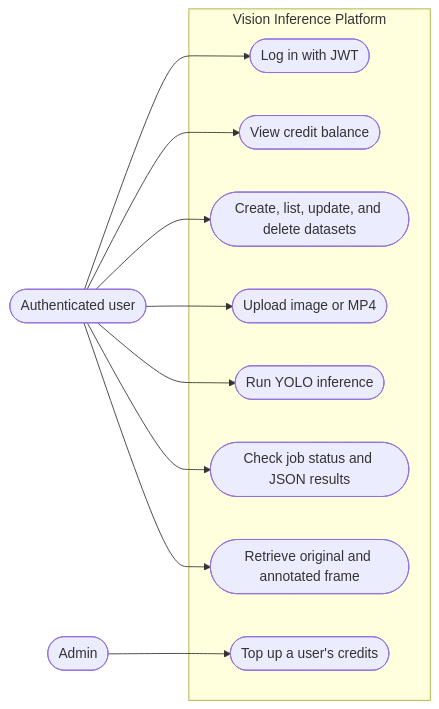
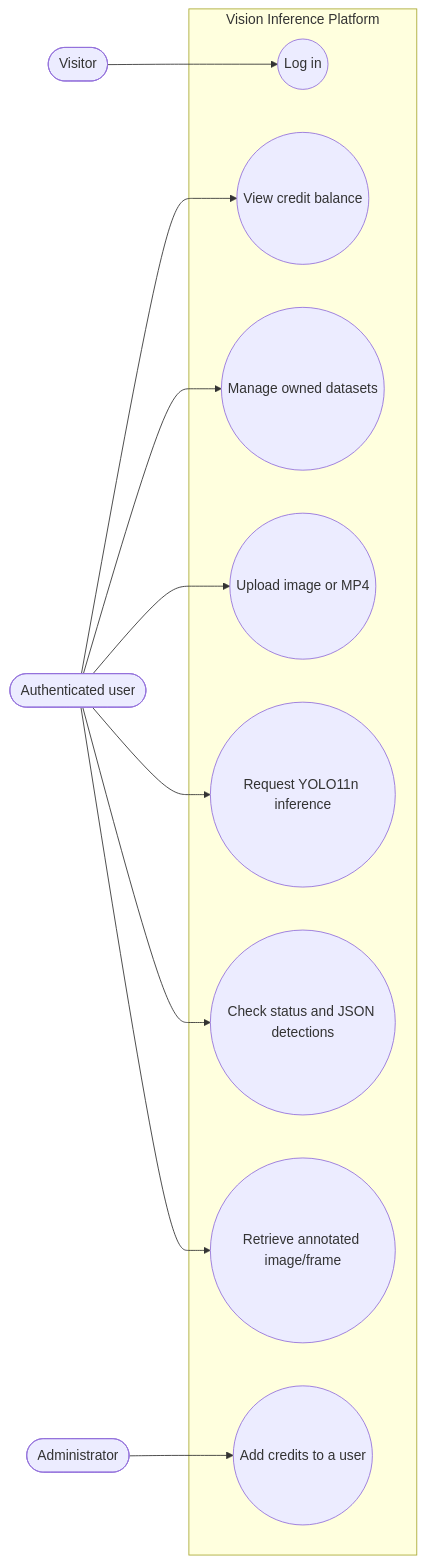
The second of 6 diagrams in README.md (Omar2002Bouchiba/vision-inference-platform), drawn with Mermaid before and after one commit. The commit also changed other lines of this file and 2 other files, not shown here.

Commit message:
Clarify and correct UML diagrams

````diff
--- a/README.md
+++ b/README.md
@@ -94,23 +134,24 @@
 ```mermaid
 flowchart LR
+  Visitor([Visitor])
   User([Authenticated user])
-  Admin([Admin])
+  Admin([Administrator])
   subgraph Platform[Vision Inference Platform]
-    Login([Log in with JWT])
-    Balance([View credit balance])
-    Dataset([Create, list, update, and delete datasets])
-    Upload([Upload image or MP4])
-    Infer([Run YOLO inference])
-    Status([Check job status and JSON results])
-    Frame([Retrieve original and annotated frame])
-    TopUp([Top up a user's credits])
+    Login((Log in))
+    Balance((View credit balance))
+    Dataset((Manage owned datasets))
+    Upload((Upload image or MP4))
+    Infer((Request YOLO11n inference))
+    Status((Check status and JSON detections))
+    Frame((Retrieve annotated image/frame))
+    TopUp((Add credits to a user))
   end
-  User --> Login
+  Visitor --> Login
   User --> Balance
   User --> Dataset
   User --> Upload
   User --> Infer
   User --> Status
   User --> Frame
   Admin --> TopUp
 ```
````
